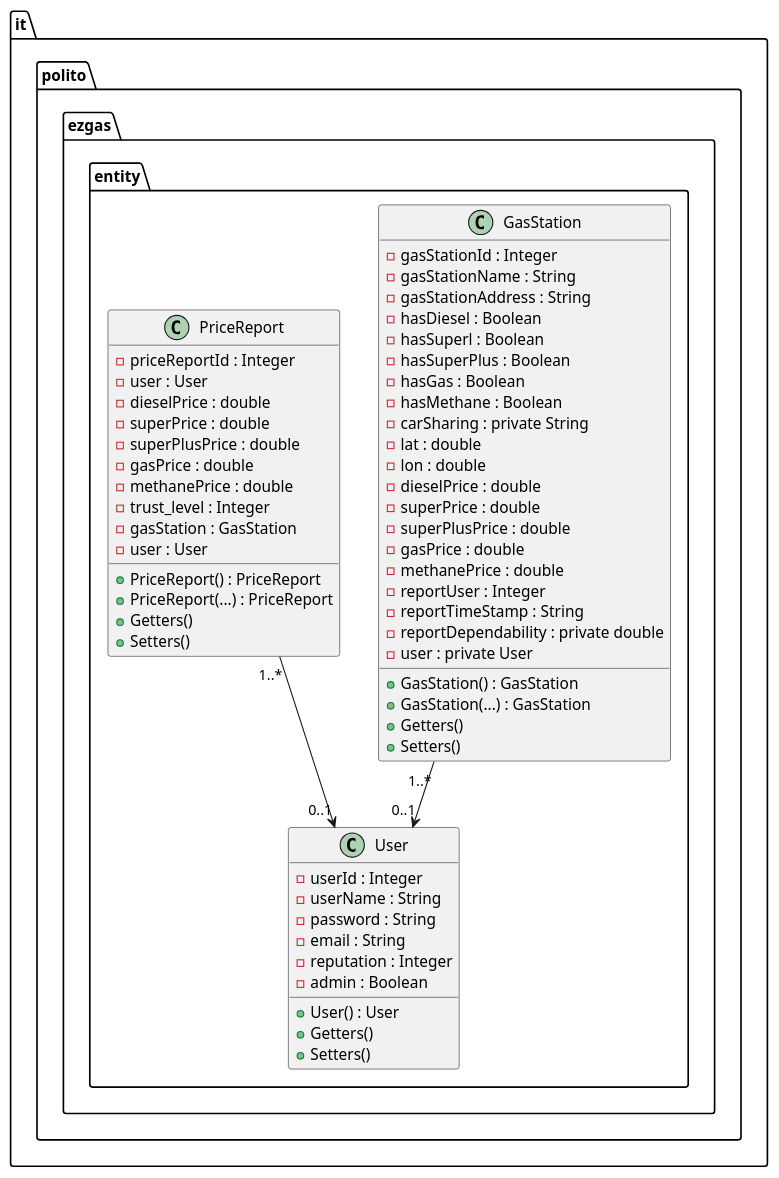
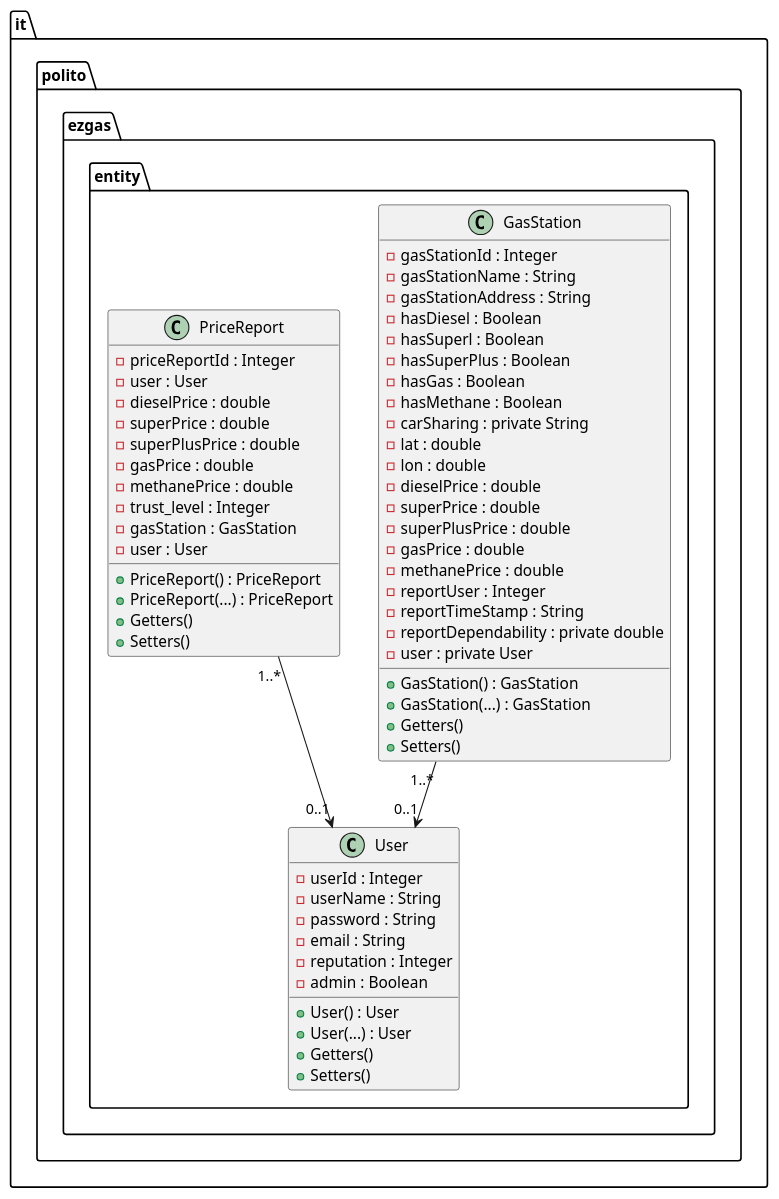
Before and after one commit to lucarinelli/ezgas: the seventh of 12 diagrams in docs/DesignDocument.md, drawn with PlantUML. The commit also changed other lines of this file, not shown here.

Commit message:
docs: splitted class diagram in sub-diagrams for each package

````diff
--- a/docs/DesignDocument.md
+++ b/docs/DesignDocument.md
@@ -393,63 +387,64 @@
 ```plantuml
 @startuml
 package "it.polito.ezgas.entity" {
 
         class User {
             -userId : Integer
             -userName : String
             -password : String
             -email : String
             -reputation : Integer
             -admin : Boolean
             +User() : User
+            +User(...) : User
             +Getters()
             +Setters()
         }
         class GasStation {
             -gasStationId : Integer
             -gasStationName : String
             -gasStationAddress : String
             -hasDiesel : Boolean
             -hasSuperl : Boolean
             -hasSuperPlus : Boolean
             -hasGas : Boolean
             -hasMethane : Boolean
             -carSharing : private String
             -lat : double
             -lon : double
             -dieselPrice : double
             -superPrice : double
             -superPlusPrice : double
             -gasPrice : double
             -methanePrice : double
             -reportUser : Integer
             -reportTimeStamp : String
             -reportDependability : private double
             -user : private User
             +GasStation() : GasStation
             +GasStation(...) : GasStation
             +Getters()
             +Setters()
         }
         class PriceReport {
             -priceReportId : Integer
             -user : User
             -dieselPrice : double
             -superPrice : double
             -superPlusPrice : double
             -gasPrice : double
             -methanePrice : double
             -trust_level : Integer
             -gasStation : GasStation
             -user : User
             +PriceReport() : PriceReport
             +PriceReport(...) : PriceReport
             +Getters()
             +Setters()
         }
     }
 
 GasStation "1..*" --> "0..1" User
 PriceReport "1..*" --> "0..1" User
 @enduml
 ```
````
